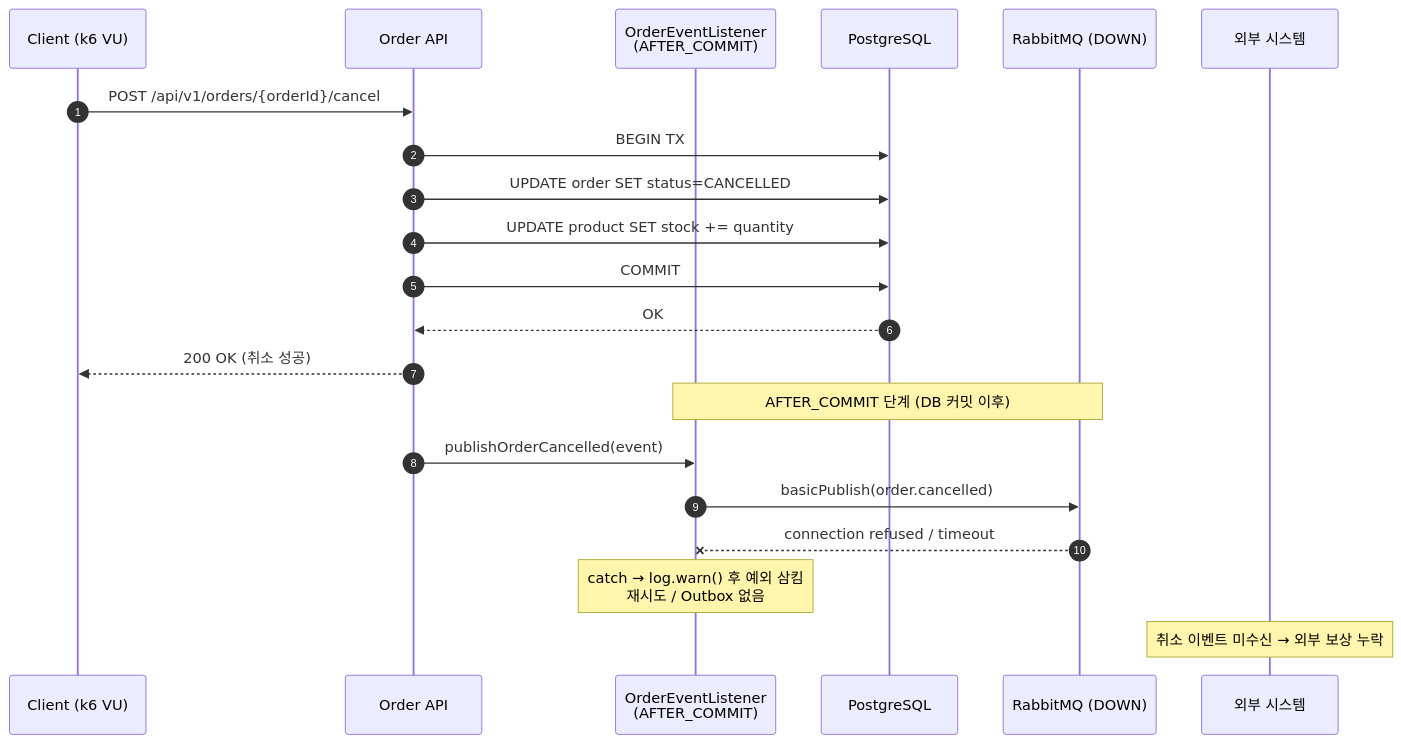
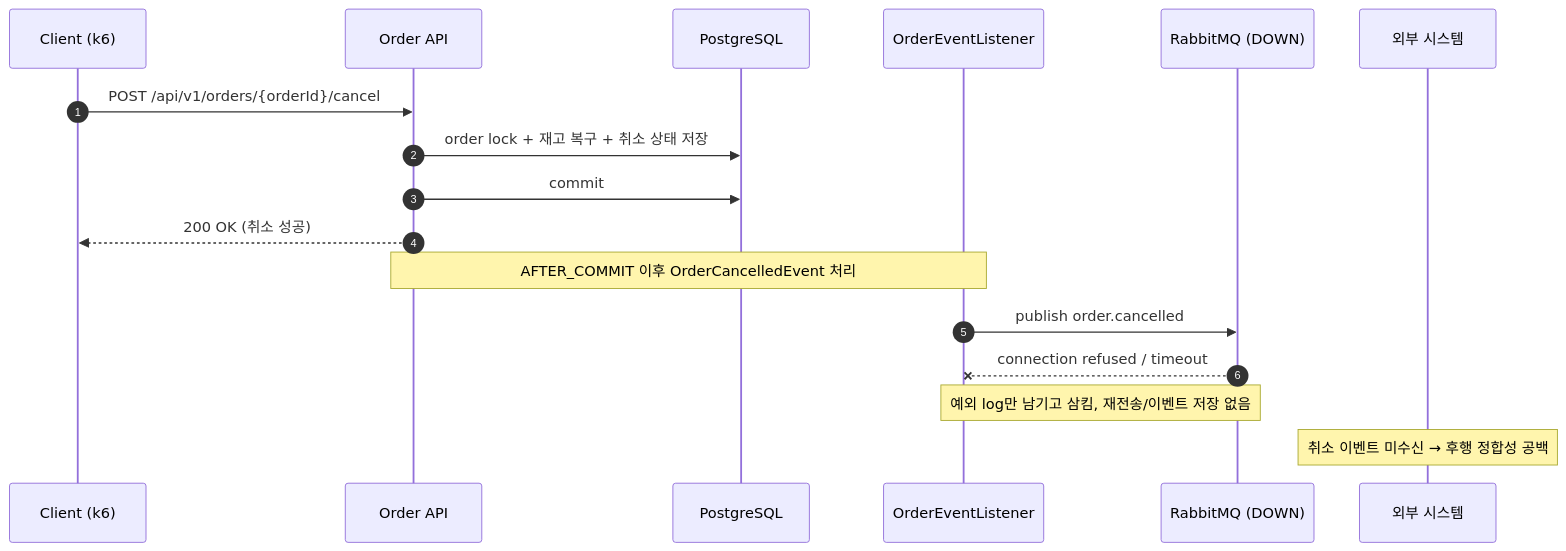
One commit to protect-my-service/tema-a changed the diagram in docs/2Phase/reports/ATK-C03.md. Above: the diagram before and after it, drawn with Mermaid. The commit also changed other lines of this file and 4 other files, not shown here.

````diff
--- a/docs/2Phase/reports/ATK-C03.md
+++ b/docs/2Phase/reports/ATK-C03.md
@@ -15,25 +15,21 @@
 ```mermaid
 sequenceDiagram
     autonumber
-    participant C as Client (k6 VU)
+    participant C as Client (k6)
     participant API as Order API
-    participant Listener as OrderEventListener<br/>(AFTER_COMMIT)
     participant DB as PostgreSQL
+    participant Listener as OrderEventListener
     participant MQ as RabbitMQ (DOWN)
-    participant Ext as 외부 시스템
+    participant EXT as 외부 시스템
 
-    C ->> API: POST /api/v1/orders/{orderId}/cancel
-    API ->> DB: BEGIN TX
-    API ->> DB: UPDATE order SET status=CANCELLED
-    API ->> DB: UPDATE product SET stock += quantity
-    API ->> DB: COMMIT
-    DB -->> API: OK
-    API -->> C: 200 OK (취소 성공)
+    C->>API: POST /api/v1/orders/{orderId}/cancel
+    API->>DB: order lock + 재고 복구 + 취소 상태 저장
+    API->>DB: commit
+    API-->>C: 200 OK (취소 성공)
 
-    Note over Listener, MQ: AFTER_COMMIT 단계 (DB 커밋 이후)
-    API ->> Listener: publishOrderCancelled(event)
-    Listener ->> MQ: basicPublish(order.cancelled)
-    MQ --x Listener: connection refused / timeout
-    Note over Listener: catch → log.warn() 후 예외 삼킴<br/>재시도 / Outbox 없음
-    Note over Ext: 취소 이벤트 미수신 → 외부 보상 누락
-```
+    Note over API,Listener: AFTER_COMMIT 이후 OrderCancelledEvent 처리
+    Listener->>MQ: publish order.cancelled
+    MQ--xListener: connection refused / timeout
+    Note over Listener,MQ: 예외 log만 남기고 삼킴, 재전송/이벤트 저장 없음
+    Note over EXT: 취소 이벤트 미수신 → 후행 정합성 공백
+```  
````
